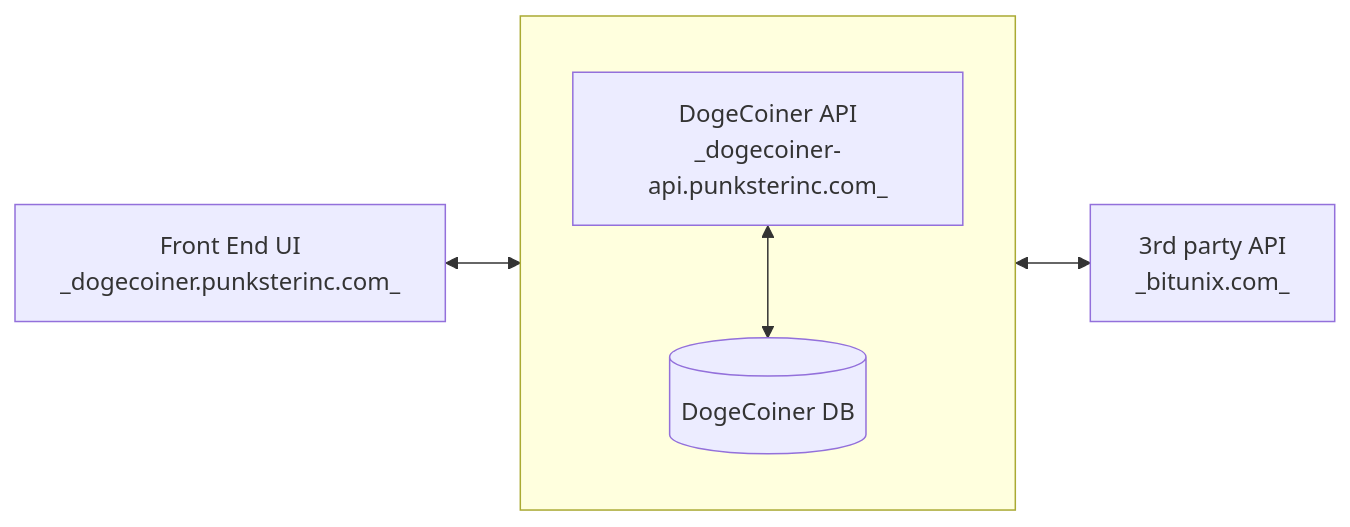
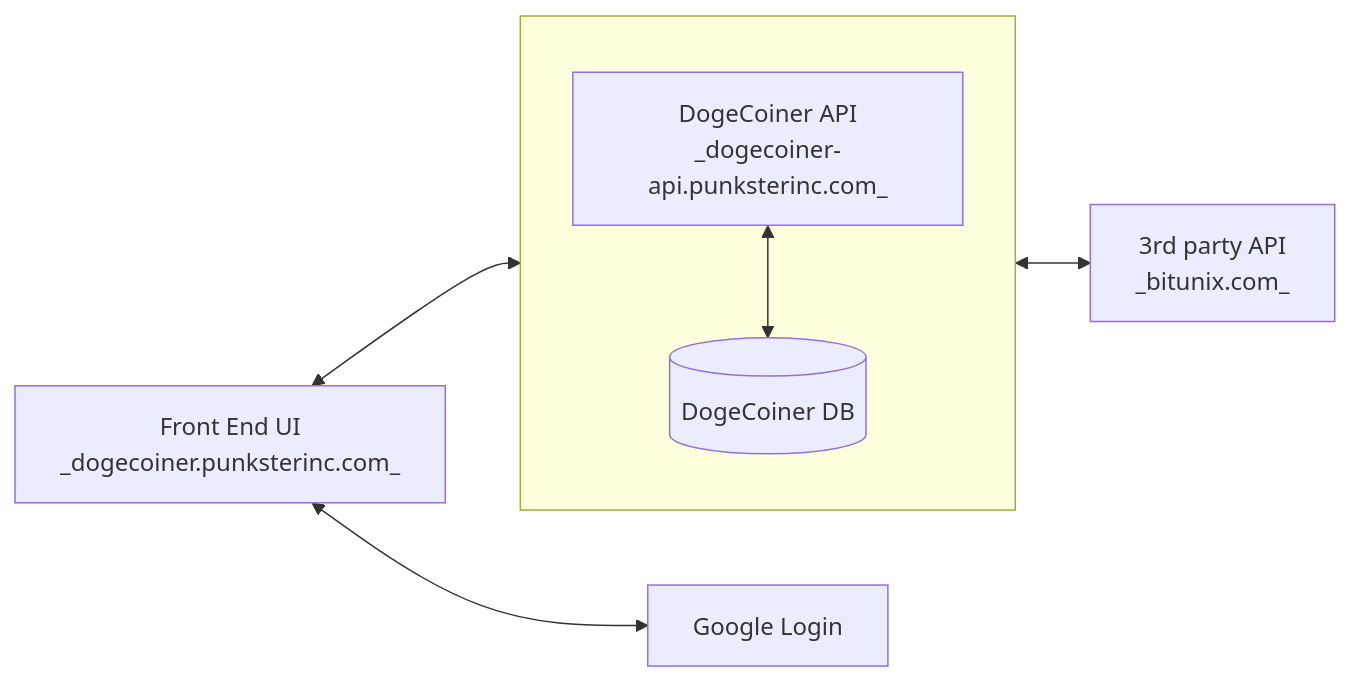
One commit to abardandev/tech-docs changed the first of 4 diagrams in tech-docs/docs/index.md. Above: the diagram before and after it, drawn with Mermaid. The commit also changed other lines of this file and 1 other file, not shown here.

````diff
--- a/tech-docs/docs/index.md
+++ b/tech-docs/docs/index.md
@@ -19,10 +19,11 @@
 ```mermaid
 flowchart LR
-    A[Front End UI<br>_dogecoiner.punksterinc.com_] <--> S1;
+    A[Front End UI<br>_dogecoiner.punksterinc.com_] <--> G[Google Login]
+    A <--> S1;
 
     subgraph S1[ ]
         direction TB
         B[DogeCoiner API<br>_dogecoiner-api.punksterinc.com_] <--> C[(DogeCoiner DB)];
     end
     S1 <--> D[3rd party API<br>_bitunix.com_];
 ```
````
